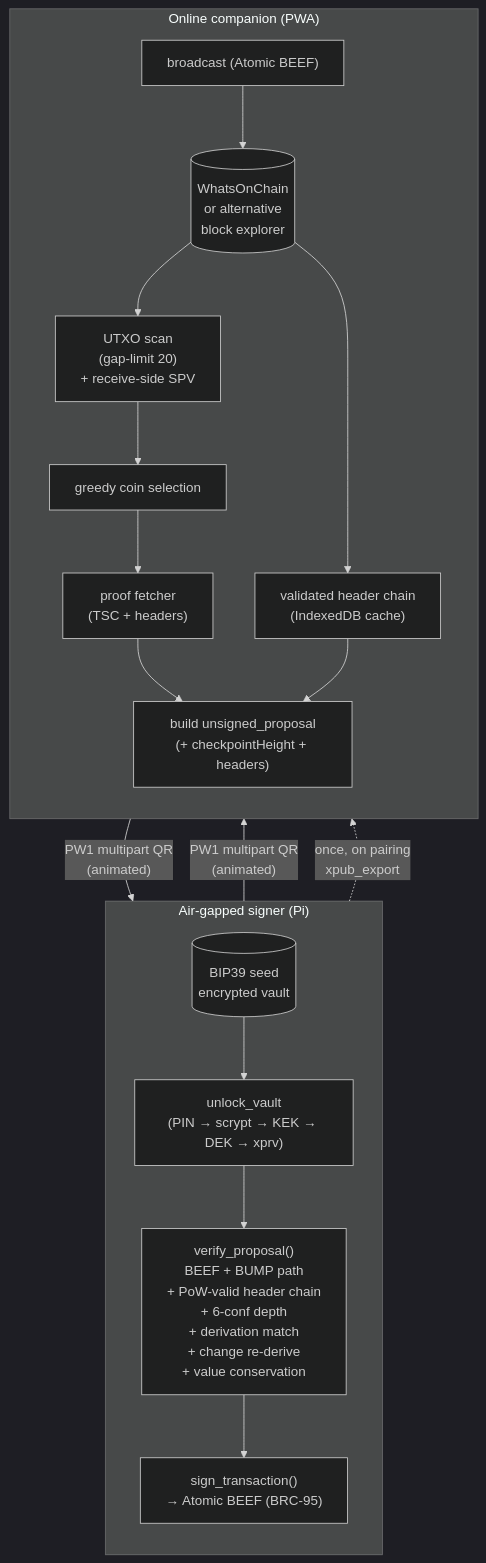
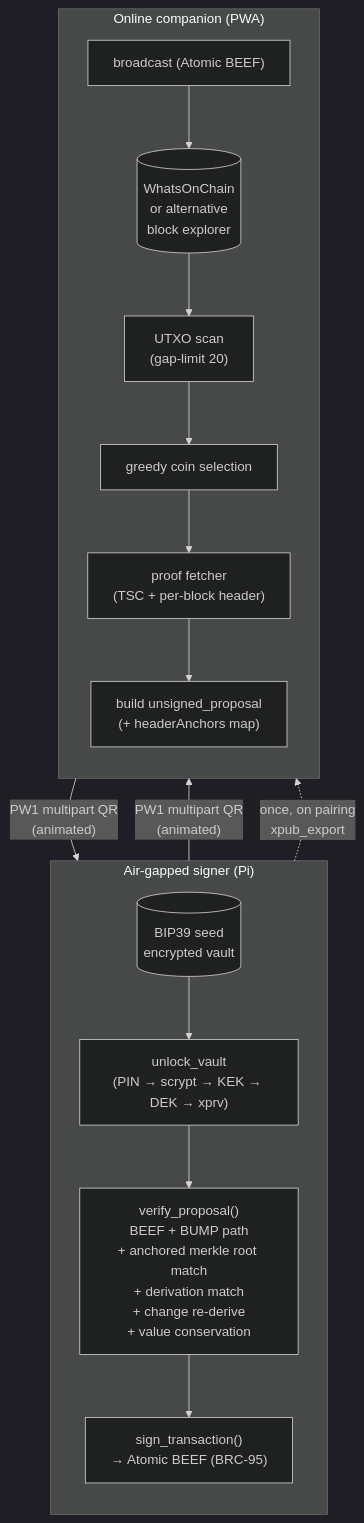
The diagram in docs/architecture.md (mohrt/PiWalletSV), drawn with Mermaid (dark theme) before and after one commit. The commit also changed other lines of this file and 33 other files, not shown here.

````diff
--- a/docs/architecture.md
+++ b/docs/architecture.md
@@ -16,29 +16,27 @@
 ```mermaid
 flowchart TB
   subgraph air["Air-gapped signer (Pi)"]
     direction TB
     seed[("BIP39 seed<br/>encrypted vault")]
     decrypt["unlock_vault<br/>(PIN → scrypt → KEK → DEK → xprv)"]
-    verify["verify_proposal()<br/>BEEF + BUMP path<br/>+ PoW-valid header chain<br/>+ 6-conf depth<br/>+ derivation match<br/>+ change re-derive<br/>+ value conservation"]
+    verify["verify_proposal()<br/>BEEF + BUMP path<br/>+ anchored merkle root match<br/>+ derivation match<br/>+ change re-derive<br/>+ value conservation"]
     sign["sign_transaction()<br/>→ Atomic BEEF (BRC-95)"]
     seed --> decrypt --> verify --> sign
   end
 
   subgraph online["Online companion (PWA)"]
     direction TB
     backend[("WhatsOnChain<br/>or alternative<br/>block explorer")]
-    scan["UTXO scan<br/>(gap-limit 20)<br/>+ receive-side SPV"]
+    scan["UTXO scan<br/>(gap-limit 20)"]
     select["greedy coin selection"]
-    proof["proof fetcher<br/>(TSC + headers)"]
-    chain["validated header chain<br/>(IndexedDB cache)"]
-    build["build unsigned_proposal<br/>(+ checkpointHeight + headers)"]
+    proof["proof fetcher<br/>(TSC + per-block header)"]
+    build["build unsigned_proposal<br/>(+ headerAnchors map)"]
     bcast["broadcast (Atomic BEEF)"]
     backend --> scan --> select --> proof --> build
-    backend --> chain --> build
     bcast --> backend
   end
 
   build -- "PW1 multipart QR<br/>(animated)" --> verify
   sign -- "PW1 multipart QR<br/>(animated)" --> bcast
   seed -.->|"once, on pairing<br/>xpub_export"| backend
 ```
````
